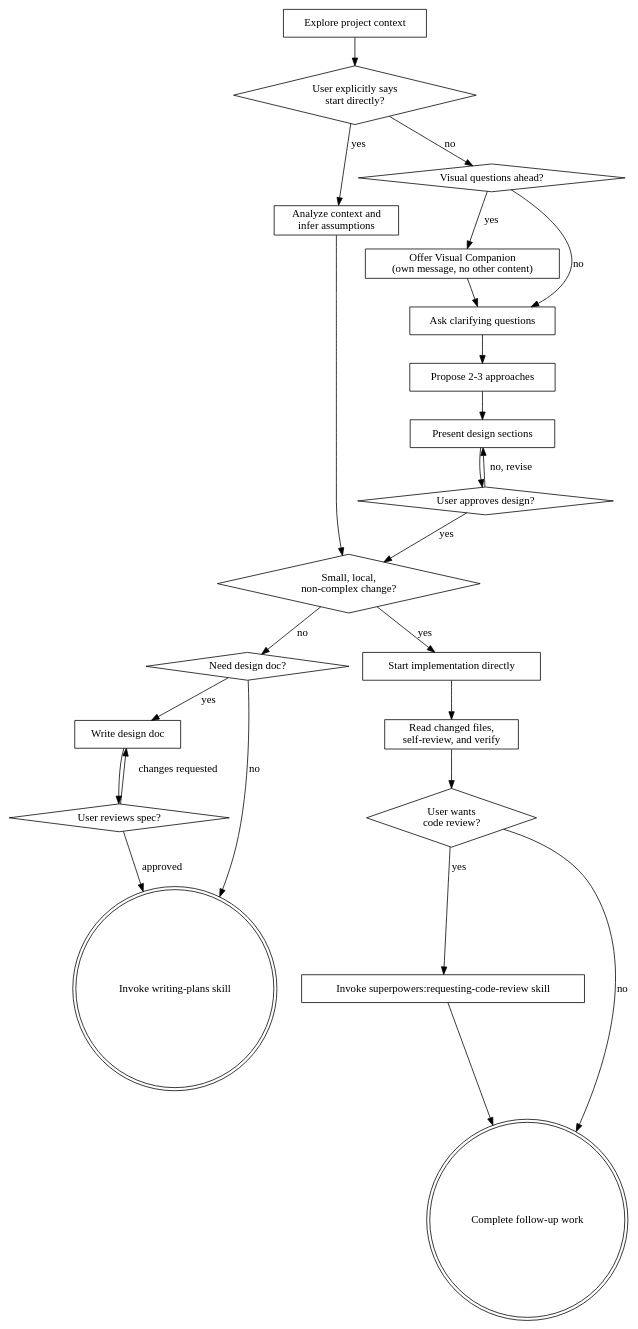
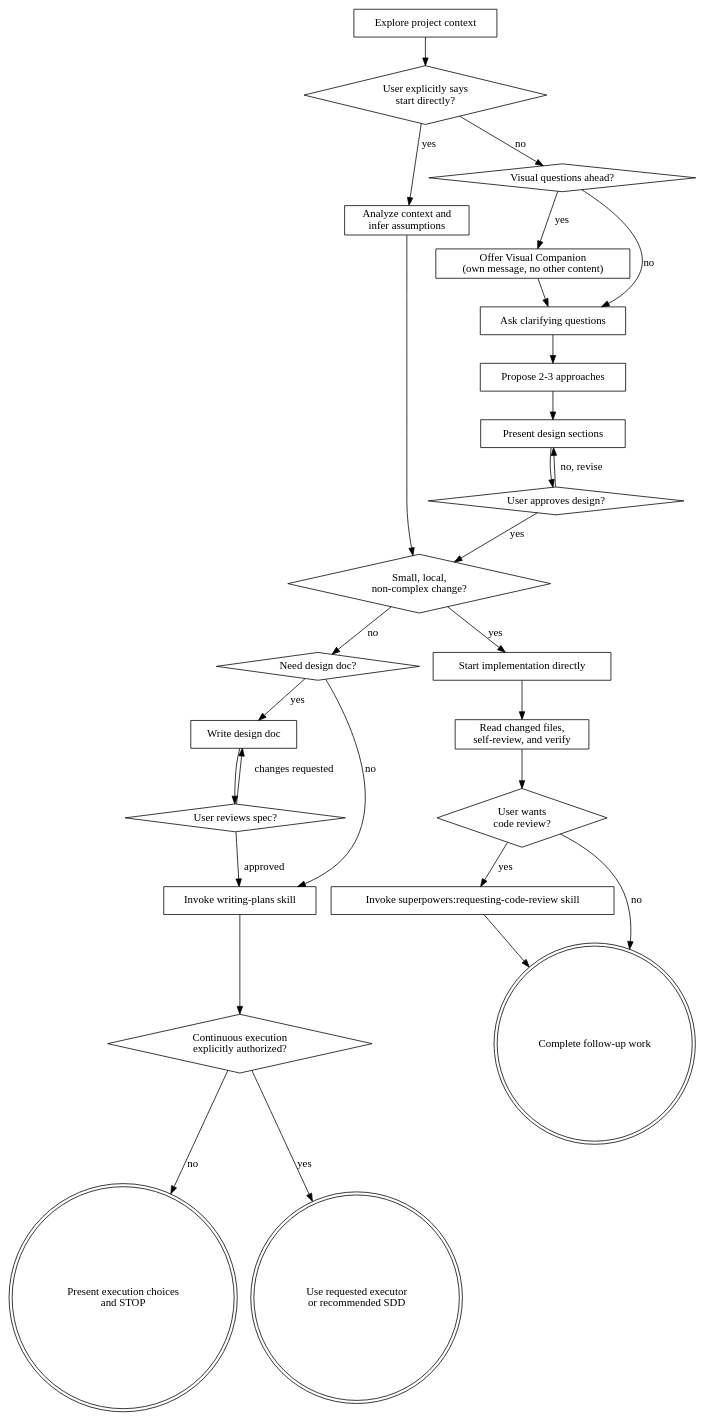
The diagram in skills/brainstorming/SKILL.md (HeathWang/superpowers), drawn with Graphviz before and after one commit. The commit also changed other lines of this file and 8 other files, not shown here.

````diff
--- a/skills/brainstorming/SKILL.md
+++ b/skills/brainstorming/SKILL.md
@@ -65,48 +95,54 @@
 ```dot
 digraph brainstorming {
     "Explore project context" [shape=box];
     "User explicitly says\nstart directly?" [shape=diamond];
     "Analyze context and\ninfer assumptions" [shape=box];
     "Visual questions ahead?" [shape=diamond];
     "Offer Visual Companion\n(own message, no other content)" [shape=box];
     "Ask clarifying questions" [shape=box];
     "Propose 2-3 approaches" [shape=box];
     "Present design sections" [shape=box];
     "User approves design?" [shape=diamond];
     "Small, local,\nnon-complex change?" [shape=diamond];
     "Need design doc?" [shape=diamond];
     "Write design doc" [shape=box];
     "User reviews spec?" [shape=diamond];
     "Start implementation directly" [shape=box];
     "Read changed files,\nself-review, and verify" [shape=box];
     "User wants\ncode review?" [shape=diamond];
     "Invoke superpowers:requesting-code-review skill" [shape=box];
-    "Invoke writing-plans skill" [shape=doublecircle];
+    "Invoke writing-plans skill" [shape=box];
+    "Continuous execution\nexplicitly authorized?" [shape=diamond];
+    "Present execution choices\nand STOP" [shape=doublecircle];
+    "Use requested executor\nor recommended SDD" [shape=doublecircle];
     "Complete follow-up work" [shape=doublecircle];
 
     "Explore project context" -> "User explicitly says\nstart directly?";
     "User explicitly says\nstart directly?" -> "Analyze context and\ninfer assumptions" [label="yes"];
     "User explicitly says\nstart directly?" -> "Visual questions ahead?" [label="no"];
     "Analyze context and\ninfer assumptions" -> "Small, local,\nnon-complex change?";
     "Visual questions ahead?" -> "Offer Visual Companion\n(own message, no other content)" [label="yes"];
     "Visual questions ahead?" -> "Ask clarifying questions" [label="no"];
     "Offer Visual Companion\n(own message, no other content)" -> "Ask clarifying questions";
     "Ask clarifying questions" -> "Propose 2-3 approaches";
     "Propose 2-3 approaches" -> "Present design sections";
     "Present design sections" -> "User approves design?";
     "User approves design?" -> "Present design sections" [label="no, revise"];
     "User approves design?" -> "Small, local,\nnon-complex change?" [label="yes"];
     "Small, local,\nnon-complex change?" -> "Start implementation directly" [label="yes"];
     "Small, local,\nnon-complex change?" -> "Need design doc?" [label="no"];
     "Need design doc?" -> "Write design doc" [label="yes"];
     "Need design doc?" -> "Invoke writing-plans skill" [label="no"];
     "User reviews spec?" -> "Write design doc" [label="changes requested"];
     "Write design doc" -> "User reviews spec?";
     "User reviews spec?" -> "Invoke writing-plans skill" [label="approved"];
+    "Invoke writing-plans skill" -> "Continuous execution\nexplicitly authorized?";
+    "Continuous execution\nexplicitly authorized?" -> "Present execution choices\nand STOP" [label="no"];
+    "Continuous execution\nexplicitly authorized?" -> "Use requested executor\nor recommended SDD" [label="yes"];
     "Start implementation directly" -> "Read changed files,\nself-review, and verify";
     "Read changed files,\nself-review, and verify" -> "User wants\ncode review?";
     "User wants\ncode review?" -> "Invoke superpowers:requesting-code-review skill" [label="yes"];
     "User wants\ncode review?" -> "Complete follow-up work" [label="no"];
     "Invoke superpowers:requesting-code-review skill" -> "Complete follow-up work";
 }
 ```
````
